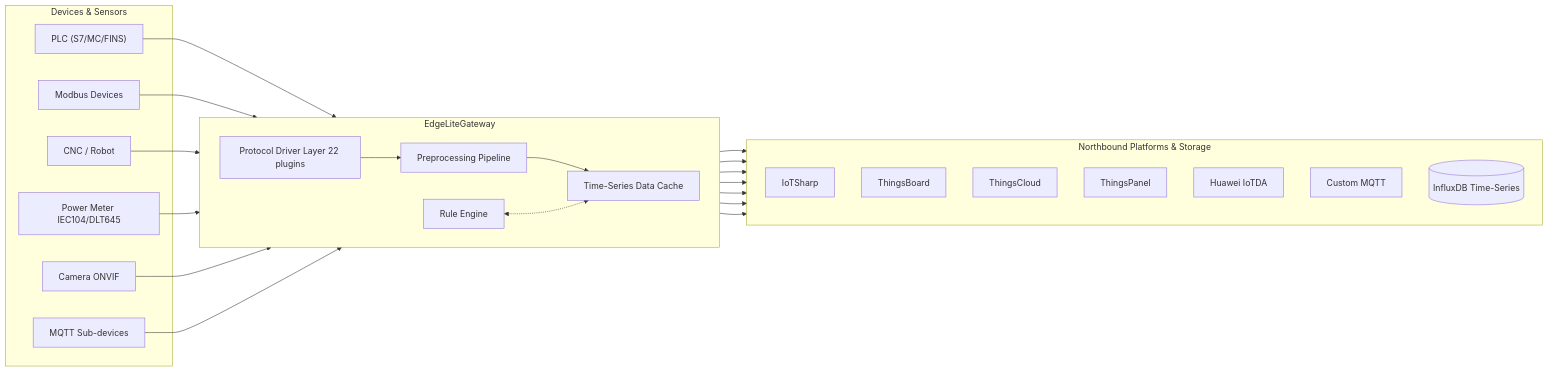
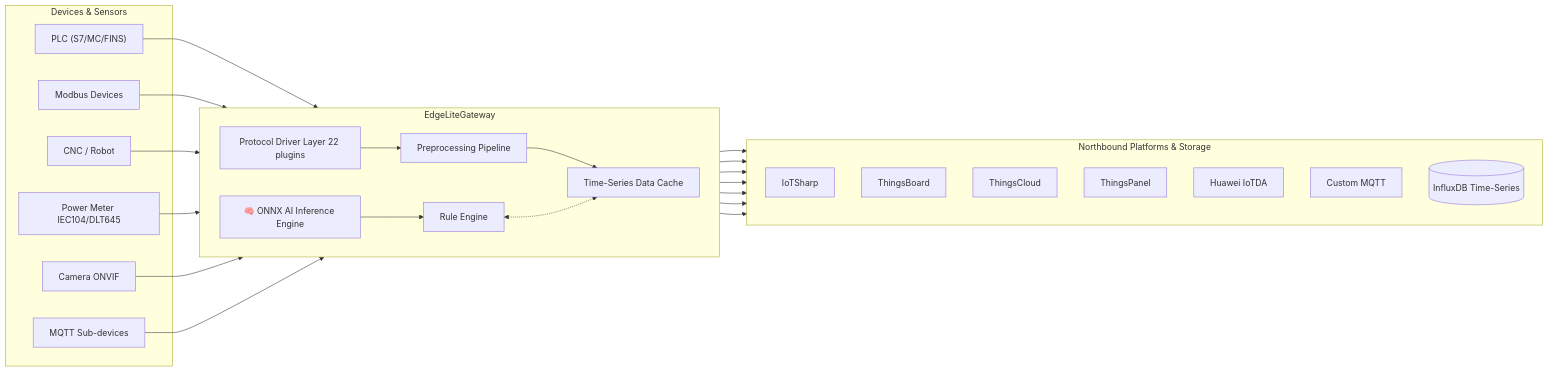
Before and after one commit to suoten/EdgeLiteGateway: the first of 2 diagrams in README_EN.md, drawn with Mermaid. The commit also changed other lines of this file and 48 other files, not shown here.

````diff
--- a/README_EN.md
+++ b/README_EN.md
@@ -193,36 +214,38 @@
 ```mermaid
 flowchart LR
     subgraph Southbound["Devices & Sensors"]
         A1["PLC (S7/MC/FINS)"]
         A2["Modbus Devices"]
         A3["CNC / Robot"]
         A4["Power Meter IEC104/DLT645"]
         A5["Camera ONVIF"]
         A6["MQTT Sub-devices"]
     end
 
     subgraph EdgeLite["EdgeLiteGateway"]
             direction LR
+            B0[🧠 ONNX AI Inference Engine]
             B1[Protocol Driver Layer 22 plugins]
             B2[Rule Engine]
             B3[Preprocessing Pipeline]
             B4[Time-Series Data Cache]
     end
 
     subgraph Northbound["Northbound Platforms & Storage"]
         direction TB
         C1["IoTSharp"]
         C2["ThingsBoard"]
         C3["ThingsCloud"]
         C4["ThingsPanel"]
         C5["Huawei IoTDA"]
         C6["Custom MQTT"]
         D[("InfluxDB Time-Series")]
     end
 
     A1 & A2 & A3 & A4 & A5 & A6 --> B1
+    B0 --> B2
     B1 --> B3 --> B4
     B4 --> D
     B4 --> C1 & C2 & C3 & C4 & C5 & C6
     B2 <-.-> B4
 ```
````
